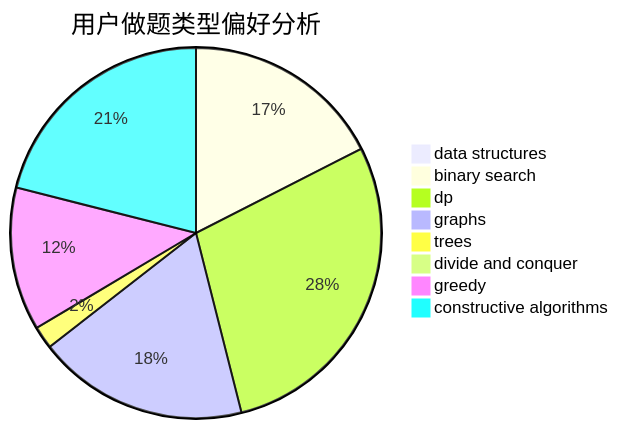
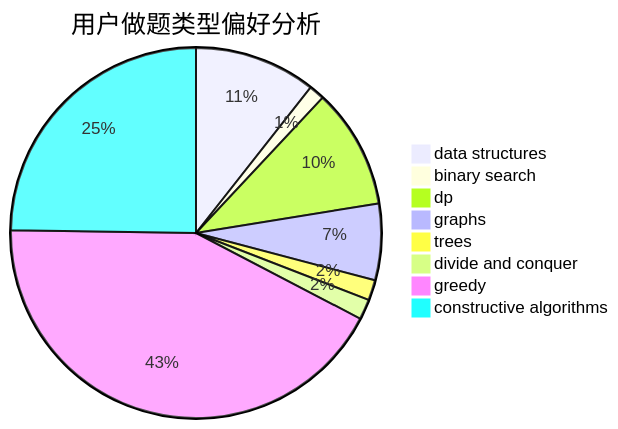
One commit to sherpahu/cfrs.github.io changed the second of 3 diagrams in docs/user/u420.md. Above: the diagram before and after it, drawn with Mermaid. The commit also changed other lines of this file and 2770 other files, not shown here.

````diff
--- a/docs/user/u420.md
+++ b/docs/user/u420.md
@@ -23,11 +23,11 @@
 ```mermaid
 pie title 用户做题类型偏好分析
-    "data structures" :  6
-    "binary search" :  133
-    "dp" :  217
-    "graphs" :  140
-    "trees" :  15
-    "divide and conquer" :  0
-    "greedy" :  95
-    "constructive algorithms" :  160
+    "data structures" :  78
+    "binary search" :  10
+    "dp" :  77
+    "graphs" :  49
+    "trees" :  13
+    "divide and conquer" :  13
+    "greedy" :  313
+    "constructive algorithms" :  182
 ```
````
